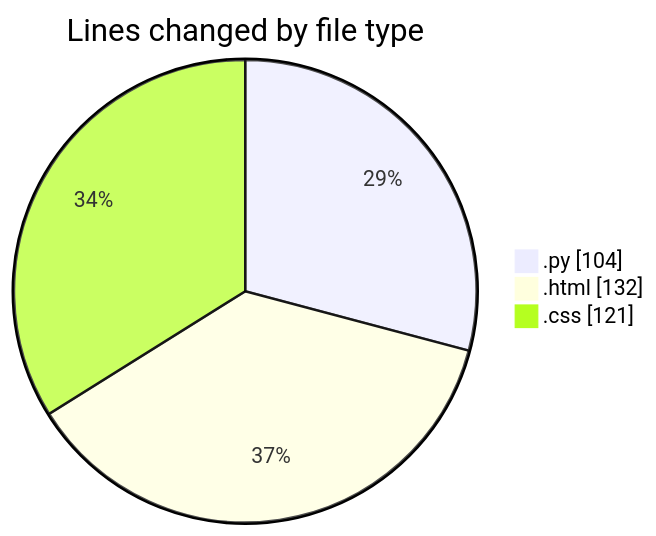
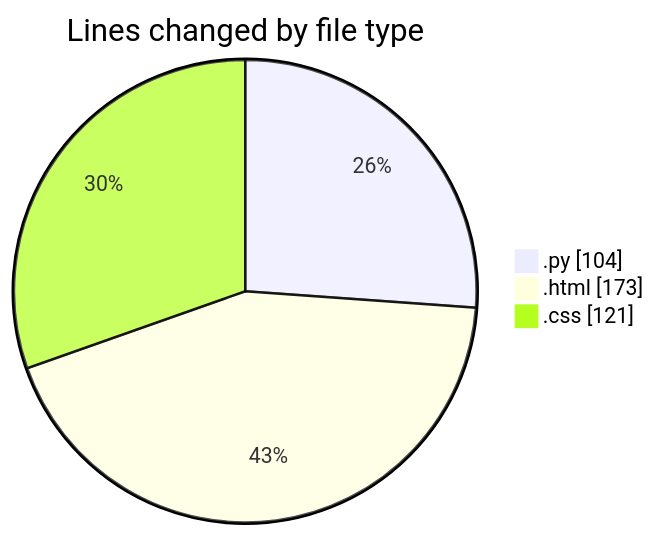
Before and after one commit to Elitesun/code-tracking: the first of 2 diagrams in 2025-01-31/flask/README.md, drawn with Mermaid. The commit also changed other lines of this file and 1 other file, not shown here.

````diff
--- a/2025-01-31/flask/README.md
+++ b/2025-01-31/flask/README.md
@@ -25,7 +25,7 @@
 ```mermaid
 pie showData
 title Lines changed by file type
 ".py" : 104
-".html" : 132
+".html" : 173
 ".css" : 121
 ```
````
